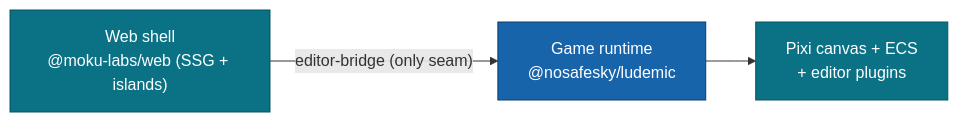
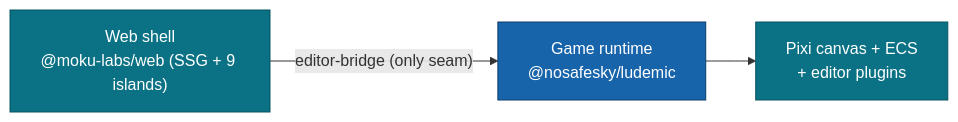
One commit to NoSafeSky/moku-game changed the diagram in editor/README.md. Above: the diagram before and after it, drawn with Mermaid. The commit also changed other lines of this file and 38 other files, not shown here.

````diff
--- a/editor/README.md
+++ b/editor/README.md
@@ -68,9 +87,9 @@
 ```mermaid
 flowchart LR
-  Shell["Web shell<br/>@moku-labs/web (SSG + islands)"] -->|"editor-bridge (only seam)"| Game["Game runtime<br/>@nosafesky/ludemic"]
+  Shell["Web shell<br/>@moku-labs/web (SSG + 9 islands)"] -->|"editor-bridge (only seam)"| Game["Game runtime<br/>@nosafesky/ludemic"]
   Game --> Canvas["Pixi canvas + ECS<br/>+ editor plugins"]
   classDef u fill:#0b7285,stroke:#08525f,color:#fff;
   classDef m fill:#1864ab,stroke:#0d3d6e,color:#fff;
   class Shell,Canvas u
   class Game m
 ```
````
